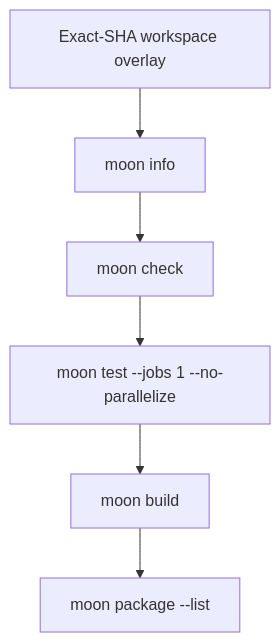
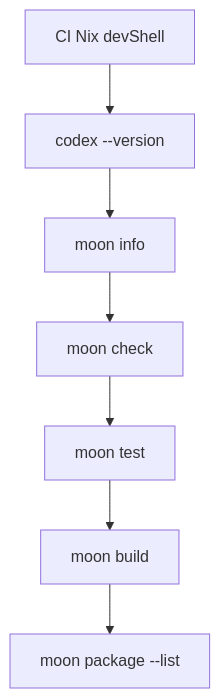
Before and after one commit to totto2727-org/codex-sdk: the second of 2 diagrams in README.mbt.md, drawn with Mermaid. The commit also changed other lines of this file and 3 other files, not shown here.

Commit message:
ci: provision Codex in the CI shell

````diff
--- a/README.mbt.md
+++ b/README.mbt.md
@@ -139,8 +148,9 @@
 ```mermaid
 flowchart TD
-  Overlay[Exact-SHA workspace overlay] --> Metadata[moon info]
+  Shell[CI Nix devShell] --> Codex[codex --version]
+  Codex --> Metadata[moon info]
   Metadata --> Check[moon check]
-  Check --> Test[moon test --jobs 1 --no-parallelize]
+  Check --> Test[moon test]
   Test --> Build[moon build]
   Build --> Package[moon package --list]
 ```
````
